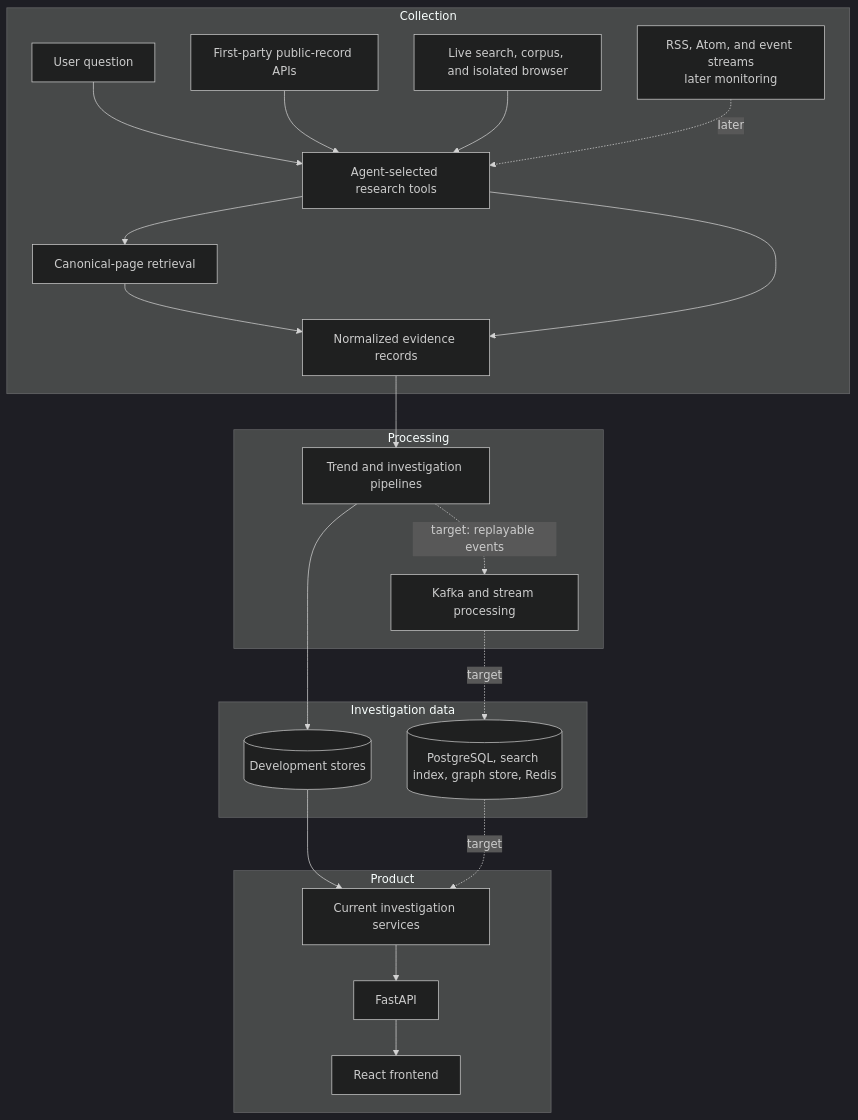
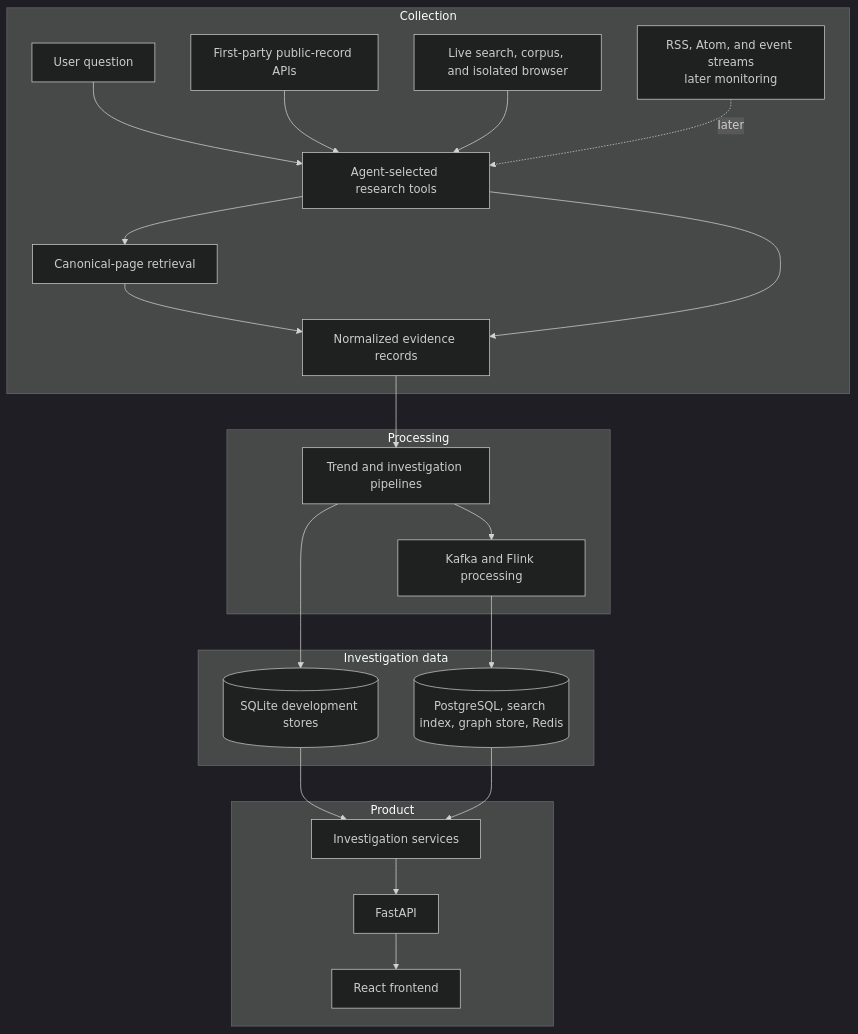
The diagram in SYSTEM_DESIGN.md (mnihad000/rhetoriq), drawn with Mermaid (dark theme) before and after one commit. The commit also changed other lines of this file and 29 other files, not shown here.

````diff
--- a/SYSTEM_DESIGN.md
+++ b/SYSTEM_DESIGN.md
@@ -17,31 +17,31 @@
 ```mermaid
 flowchart TB
     subgraph Collection
       Q[User question]
       A[First-party public-record APIs]
       B[RSS, Atom, and event streams\nlater monitoring]
       C[Live search, corpus, and isolated browser]
       D[Canonical-page retrieval]
       Q --> E[Agent-selected research tools]
       A --> E
       C --> E
       B -. later .-> E
       E --> D
       D --> F[Normalized evidence records]
       E --> F
     end
     subgraph Processing
       F --> G[Trend and investigation pipelines]
-      G -. target: replayable events .-> H[Kafka and stream processing]
+      G --> H[Kafka and Flink processing]
     end
     subgraph InvestigationData[Investigation data]
-      G --> I[(Development stores)]
-      H -. target .-> J[(PostgreSQL, search index, graph store, Redis)]
+      G --> I[(SQLite development stores)]
+      H --> J[(PostgreSQL, search index, graph store, Redis)]
     end
     subgraph Product
-      I --> K[Current investigation services]
-      J -. target .-> K
+      I --> K[Investigation services]
+      J --> K
       K --> L[FastAPI]
       L --> M[React frontend]
     end
 ```
````
